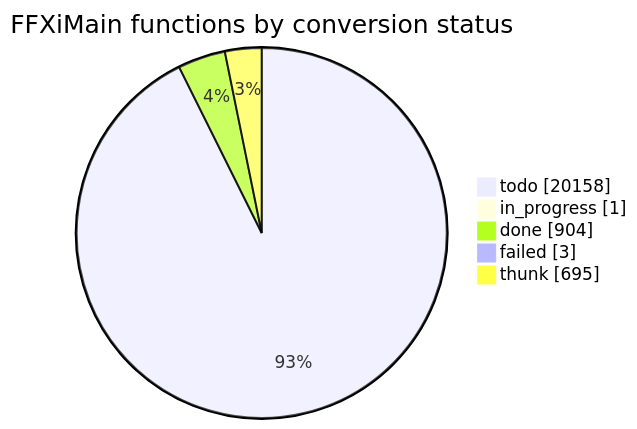
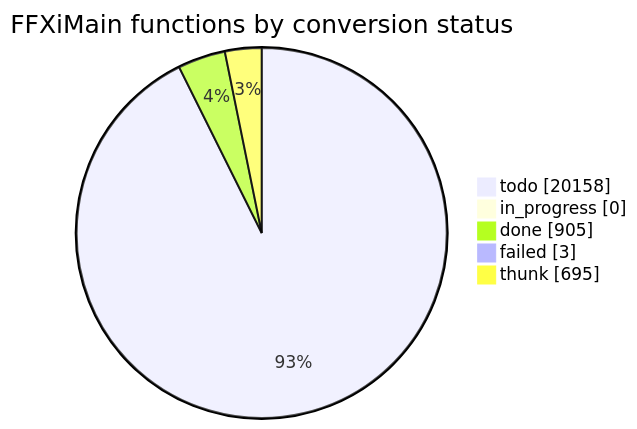
One commit to cowrevenge/cow_kuluu_xi_anything changed the diagram in docs/cow/STATUS.md. Above: the diagram before and after it, drawn with Mermaid. The commit also changed other lines of this file and 9 other files, not shown here.

````diff
--- a/docs/cow/STATUS.md
+++ b/docs/cow/STATUS.md
@@ -18,9 +18,9 @@
 ```mermaid
 pie showData
     title FFXiMain functions by conversion status
     "todo" : 20158
-    "in_progress" : 1
-    "done" : 904
+    "in_progress" : 0
+    "done" : 905
     "failed" : 3
     "thunk" : 695
 ```
````
